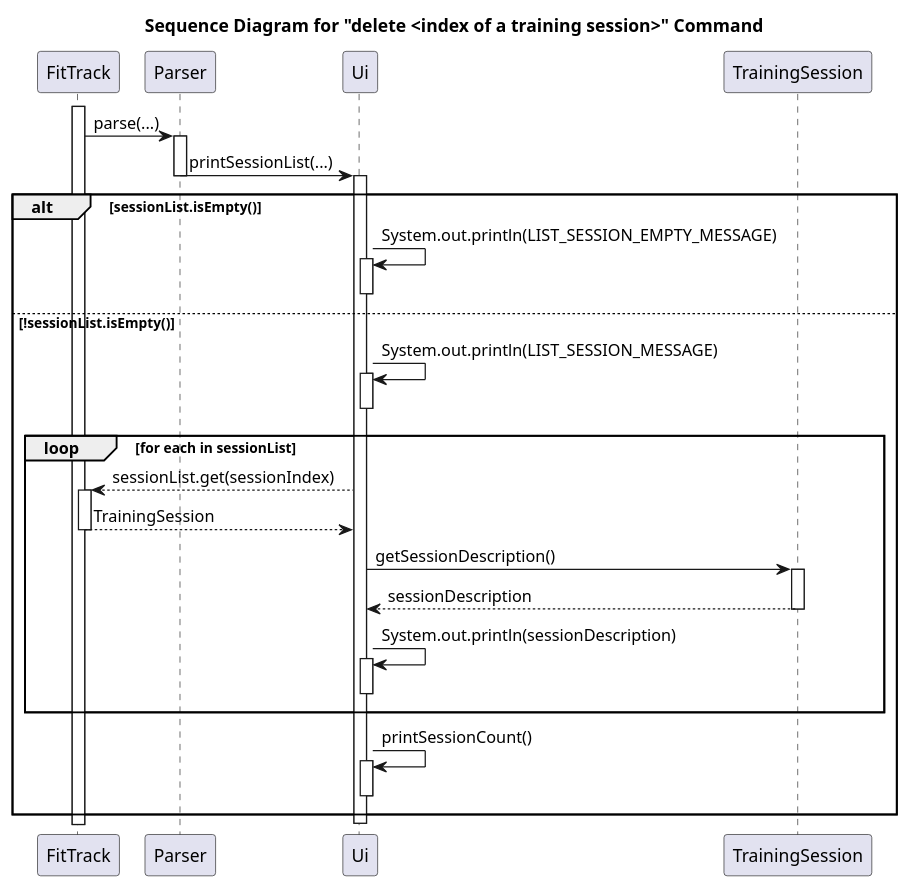
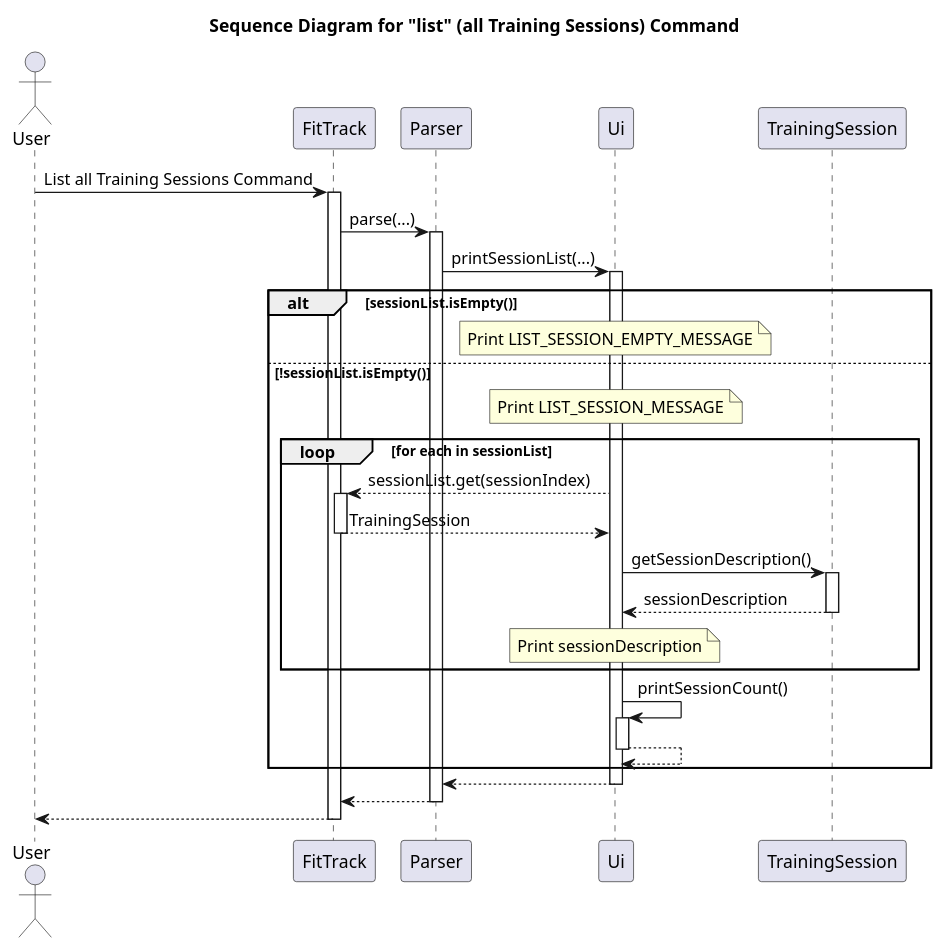
The diagram in docs/Diagrams/Sequence_ListTrainingSessions.puml (nus-cs2113-AY2425S1/tp), drawn with PlantUML before and after one commit. The commit also changed 22 other files, not shown here.

```diff
--- a/docs/Diagrams/Sequence_ListTrainingSessions.puml
+++ b/docs/Diagrams/Sequence_ListTrainingSessions.puml
@@ -1,47 +1,53 @@
 @startuml
-title Sequence Diagram for "delete <index of a training session>" Command
+title Sequence Diagram for "list" (all Training Sessions) Command
 
+actor User
 participant FitTrack
 participant Parser
 participant Ui
 participant TrainingSession
 
-
+User -> FitTrack: List all Training Sessions Command
 activate FitTrack
 FitTrack -> Parser: parse(...)
 activate Parser
 Parser -> Ui: printSessionList(...)
-deactivate Parser
 
 activate Ui
 
 alt sessionList.isEmpty()
-    Ui -> Ui: System.out.println(LIST_SESSION_EMPTY_MESSAGE)
-    activate Ui
-    deactivate Ui
+    note over Ui
+        Print LIST_SESSION_EMPTY_MESSAGE
+    end note
 else !sessionList.isEmpty()
-    Ui -> Ui: System.out.println(LIST_SESSION_MESSAGE)
-    activate Ui
-    deactivate Ui
+    note over Ui
+        Print LIST_SESSION_MESSAGE
+    end note
     loop for each in sessionList
         Ui --> FitTrack: sessionList.get(sessionIndex)
         activate FitTrack
         FitTrack --> Ui: TrainingSession
         deactivate FitTrack
 
         Ui -> TrainingSession: getSessionDescription()
         activate TrainingSession
         TrainingSession --> Ui: sessionDescription
         deactivate TrainingSession
 
-        Ui -> Ui: System.out.println(sessionDescription)
-        activate Ui
-        deactivate Ui
+        note over Ui
+            Print sessionDescription
+        end note
     end
     Ui -> Ui: printSessionCount()
     activate Ui
+    Ui --> Ui
     deactivate Ui
 end
+Ui --> Parser
 deactivate Ui
+Parser --> FitTrack
+deactivate Parser
+FitTrack --> User
+deactivate FitTrack
 
 @enduml
```
